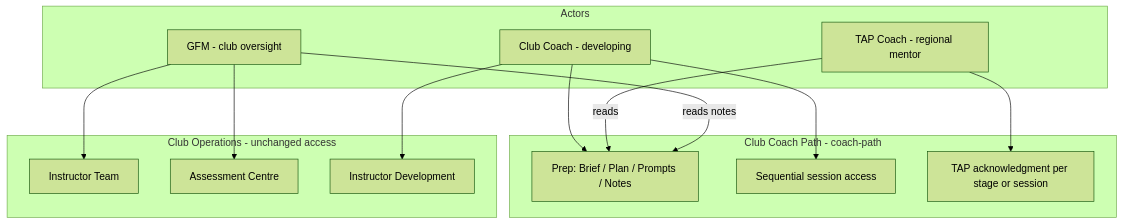
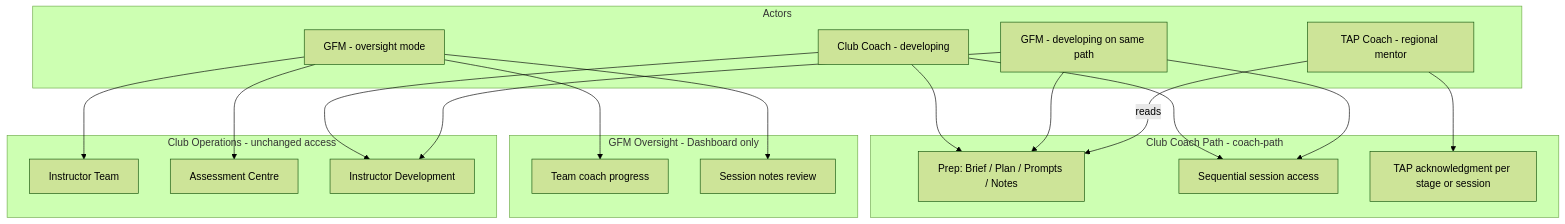
The second of 2 diagrams in docs/superpowers/plans/2026-06-17-club-coach-tap-pathway-access-assessment.md (amystyles/lm-club-coach), drawn with Mermaid (forest theme) before and after one commit. The commit also changed other lines of this file, not shown here.

Commit message:
docs: add GFM dual-role model and Phase 0 before pathway locking

````diff
--- a/docs/superpowers/plans/2026-06-17-club-coach-tap-pathway-access-assessment.md
+++ b/docs/superpowers/plans/2026-06-17-club-coach-tap-pathway-access-assessment.md
@@ -133,29 +155,39 @@
 ```mermaid
 flowchart TB
   subgraph actors [Actors]
     CC[Club Coach - developing]
+    GFM_DEV[GFM - developing on same path]
+    GFM_OV[GFM - oversight mode]
     TAP[TAP Coach - regional mentor]
-    GFM[GFM - club oversight]
   end
 
   subgraph coachpath [Club Coach Path - coach-path]
     PREP[Prep: Brief / Plan / Prompts / Notes]
     LOCK[Sequential session access]
     ACK[TAP acknowledgment per stage or session]
+  end
+
+  subgraph oversight [GFM Oversight - Dashboard only]
+    TEAM_PROG[Team coach progress]
+    TEAM_NOTES[Session notes review]
   end
 
   subgraph clubops [Club Operations - unchanged access]
     ROSTER[Instructor Team]
     ASSESS[Assessment Centre]
     DEVPATH[Instructor Development]
   end
 
   CC --> PREP
+  GFM_DEV --> PREP
   CC --> LOCK
+  GFM_DEV --> LOCK
   TAP --> ACK
   TAP -->|reads| PREP
-  GFM -->|reads notes| PREP
-  GFM --> ROSTER
-  GFM --> ASSESS
+  GFM_OV --> TEAM_PROG
+  GFM_OV --> TEAM_NOTES
+  GFM_OV --> ROSTER
+  GFM_OV --> ASSESS
   CC --> DEVPATH
+  GFM_DEV --> DEVPATH
 ```
````
